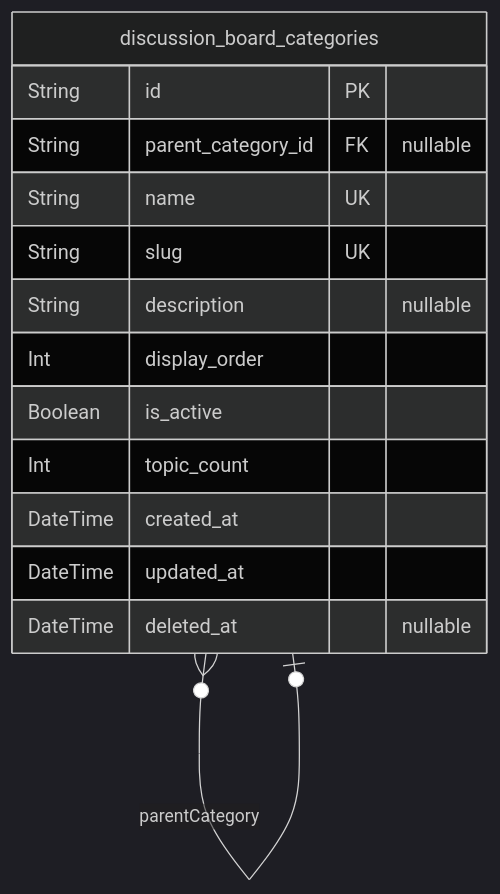
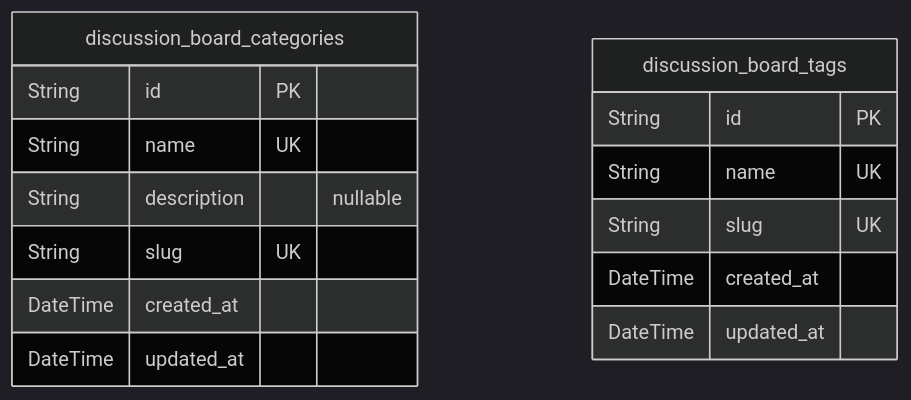
The first of 6 diagrams in anthropic/claude-sonnet-4.5/bbs/docs/ERD.md (wrtnlabs/autobe-examples), drawn with Mermaid (dark theme) before and after one commit. The commit also changed other lines of this file and 16146 other files, not shown here.

````diff
--- a/anthropic/claude-sonnet-4.5/bbs/docs/ERD.md
+++ b/anthropic/claude-sonnet-4.5/bbs/docs/ERD.md
@@ -17,17 +14,18 @@
 ```mermaid
 erDiagram
 "discussion_board_categories" {
   String id PK
-  String parent_category_id FK "nullable"
+  String name UK
+  String description "nullable"
+  String slug UK
+  DateTime created_at
+  DateTime updated_at
+}
+"discussion_board_tags" {
+  String id PK
   String name UK
   String slug UK
-  String description "nullable"
-  Int display_order
-  Boolean is_active
-  Int topic_count
   DateTime created_at
   DateTime updated_at
-  DateTime deleted_at "nullable"
 }
-"discussion_board_categories" }o--o| "discussion_board_categories" : parentCategory
 ```
````
